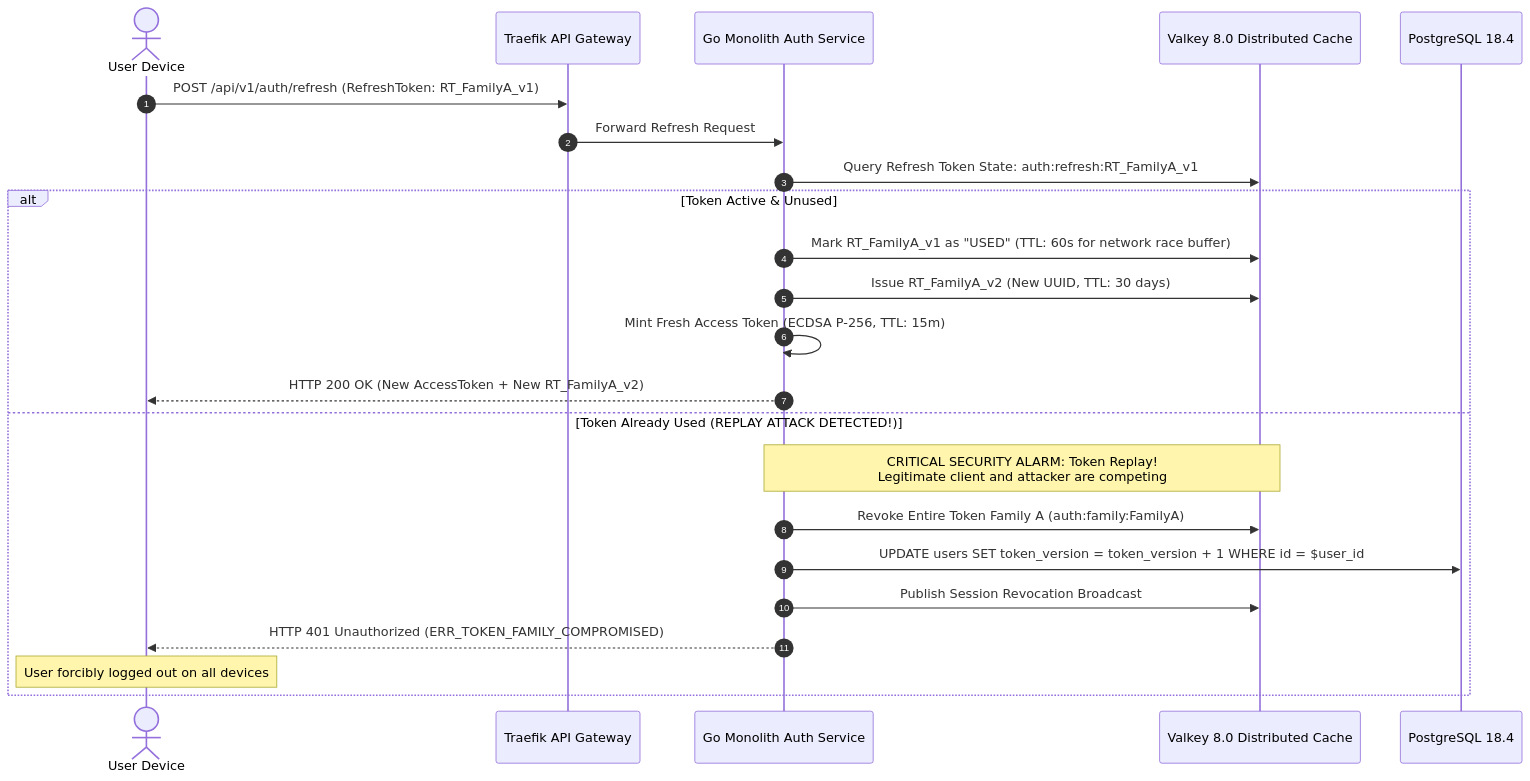
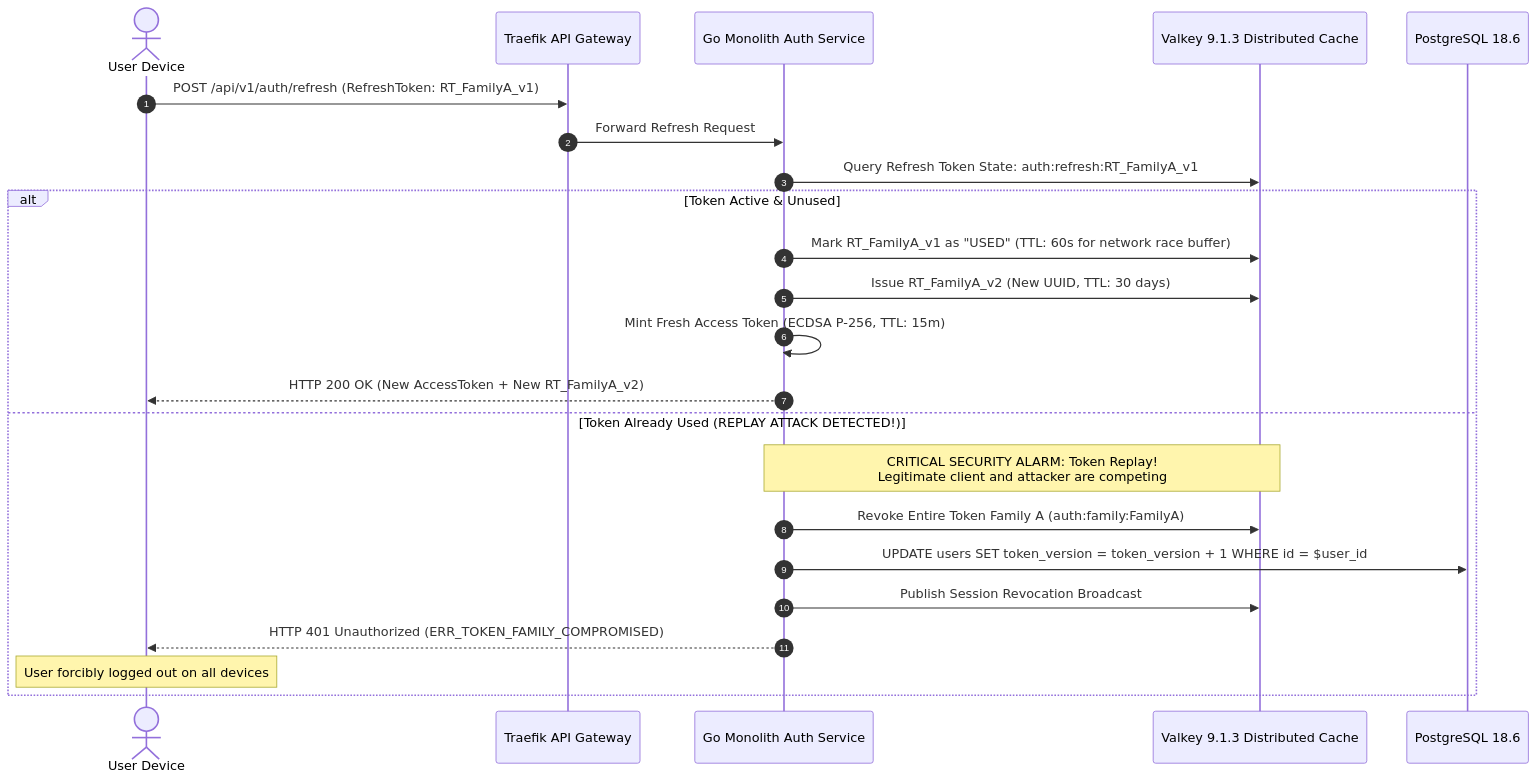
One commit to YDink/Heavy-Machinery-Logistics-Rental changed the second of 4 diagrams in docs/shared/flows/appendix-b-authentication-security-flow.md. Above: the diagram before and after it, drawn with Mermaid. The commit also changed other lines of this file and 212 other files, not shown here.

````diff
--- a/docs/shared/flows/appendix-b-authentication-security-flow.md
+++ b/docs/shared/flows/appendix-b-authentication-security-flow.md
@@ -198,28 +198,28 @@
 ```mermaid
 sequenceDiagram
     autonumber
     actor User as User Device
     participant Gateway as Traefik API Gateway
     participant Auth as Go Monolith Auth Service
-    participant Valkey as Valkey 8.0 Distributed Cache
-    participant DB as PostgreSQL 18.4
+    participant Valkey as Valkey 9.1.3 Distributed Cache
+    participant DB as PostgreSQL 18.6
 
     User->>Gateway: POST /api/v1/auth/refresh (RefreshToken: RT_FamilyA_v1)
     Gateway->>Auth: Forward Refresh Request
     
     Auth->>Valkey: Query Refresh Token State: auth:refresh:RT_FamilyA_v1
     
     alt Token Active & Unused
         Auth->>Valkey: Mark RT_FamilyA_v1 as "USED" (TTL: 60s for network race buffer)
         Auth->>Valkey: Issue RT_FamilyA_v2 (New UUID, TTL: 30 days)
         Auth->>Auth: Mint Fresh Access Token (ECDSA P-256, TTL: 15m)
         Auth-->>User: HTTP 200 OK (New AccessToken + New RT_FamilyA_v2)
     else Token Already Used (REPLAY ATTACK DETECTED!)
         Note over Auth,Valkey: CRITICAL SECURITY ALARM: Token Replay!<br/>Legitimate client and attacker are competing
         Auth->>Valkey: Revoke Entire Token Family A (auth:family:FamilyA)
         Auth->>DB: UPDATE users SET token_version = token_version + 1 WHERE id = $user_id
         Auth->>Valkey: Publish Session Revocation Broadcast
         Auth-->>User: HTTP 401 Unauthorized (ERR_TOKEN_FAMILY_COMPROMISED)
         Note over User: User forcibly logged out on all devices
     end
 ```
````
